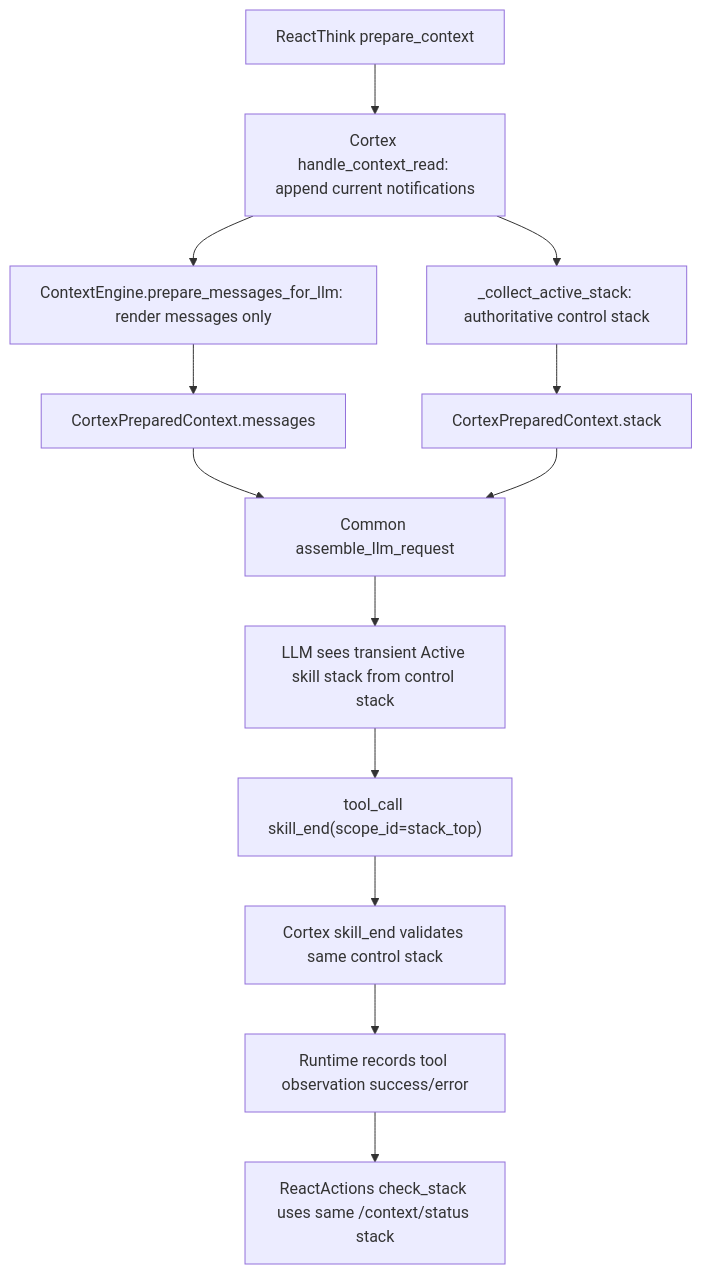
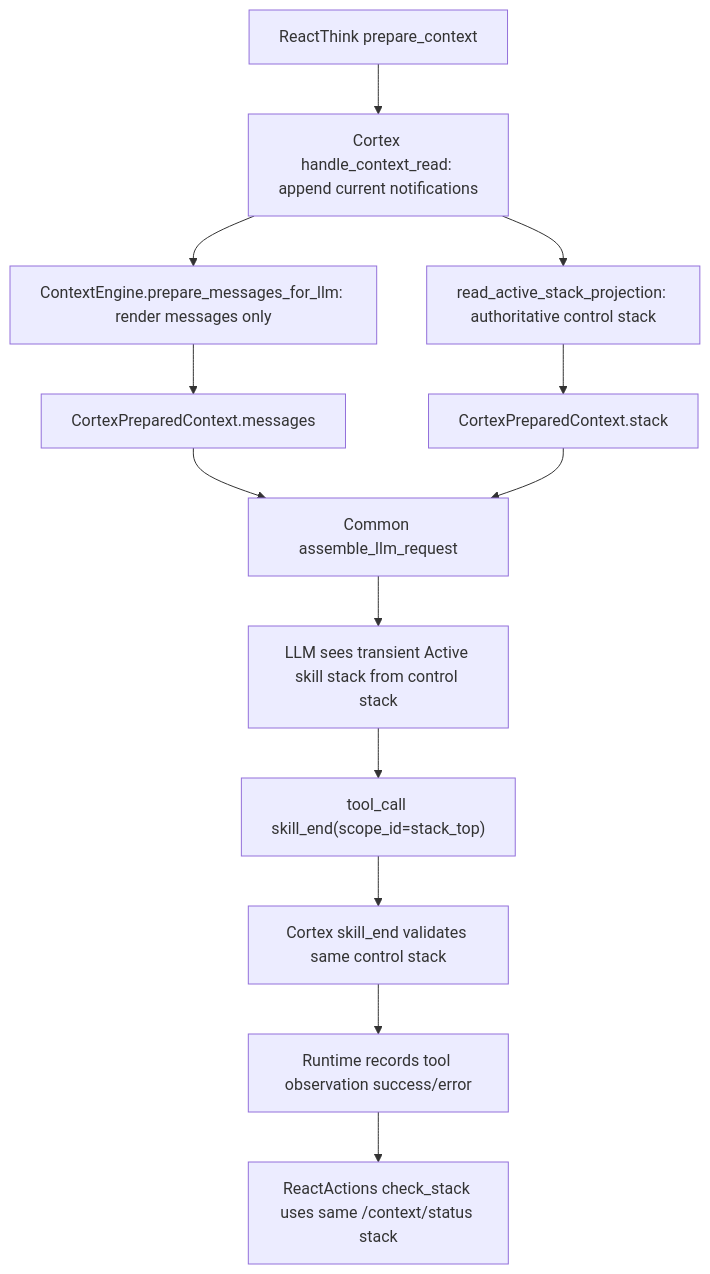
The first of 2 diagrams in docs/architecture/agent-loop-control-plane-consistency.md (chriswangcq/novaic), drawn with Mermaid before and after one commit. The commit also changed other lines of this file and 717 other files, not shown here.

````diff
--- a/docs/architecture/agent-loop-control-plane-consistency.md
+++ b/docs/architecture/agent-loop-control-plane-consistency.md
@@ -111,15 +111,15 @@
 ```mermaid
 flowchart TD
     A["ReactThink prepare_context"] --> B["Cortex handle_context_read: append current notifications"]
     B --> C["ContextEngine.prepare_messages_for_llm: render messages only"]
-    B --> D["_collect_active_stack: authoritative control stack"]
+    B --> D["read_active_stack_projection: authoritative control stack"]
     C --> E["CortexPreparedContext.messages"]
     D --> F["CortexPreparedContext.stack"]
     E --> G["Common assemble_llm_request"]
     F --> G
     G --> H["LLM sees transient Active skill stack from control stack"]
     H --> I["tool_call skill_end(scope_id=stack_top)"]
     I --> J["Cortex skill_end validates same control stack"]
     J --> K["Runtime records tool observation success/error"]
     K --> L["ReactActions check_stack uses same /context/status stack"]
 ```
````
